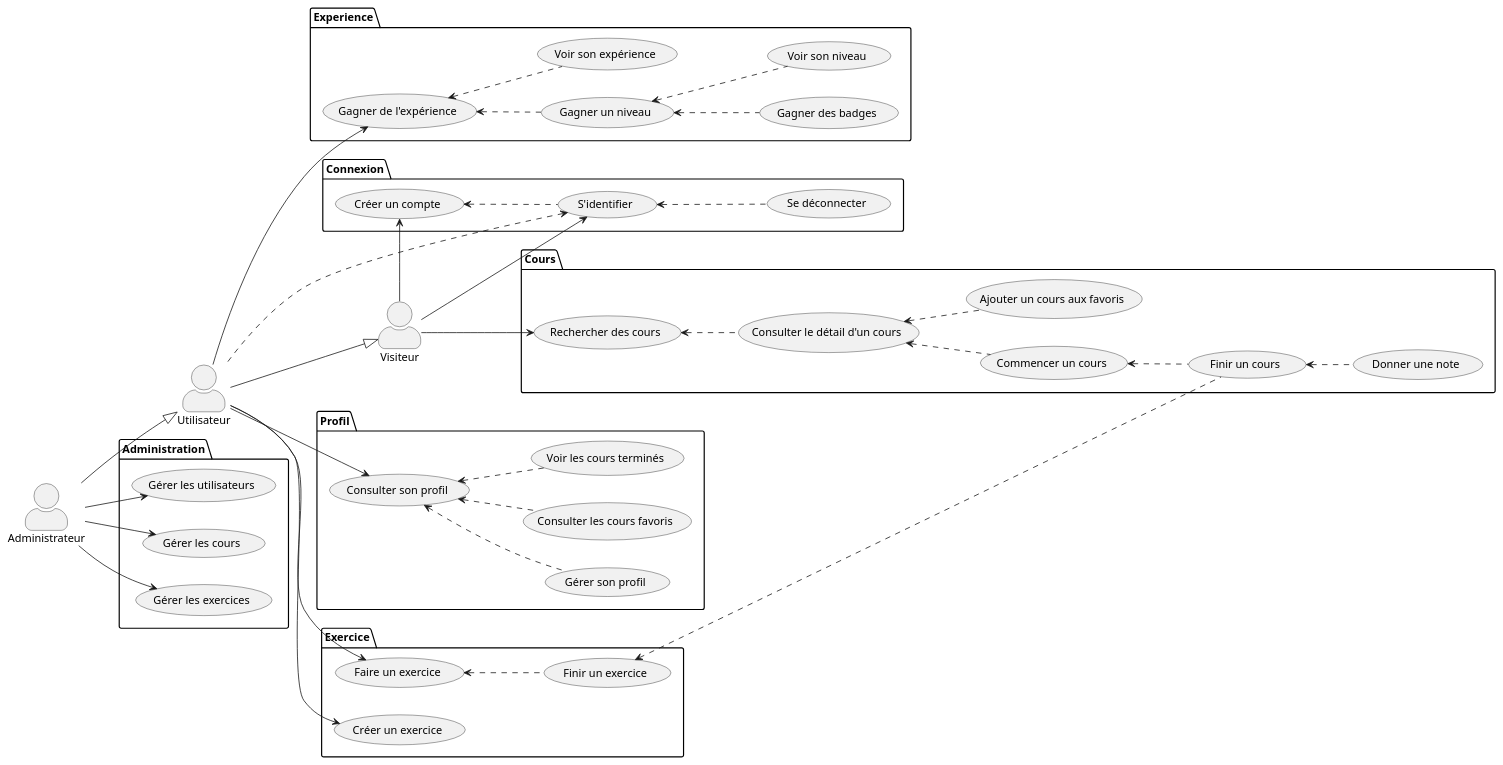
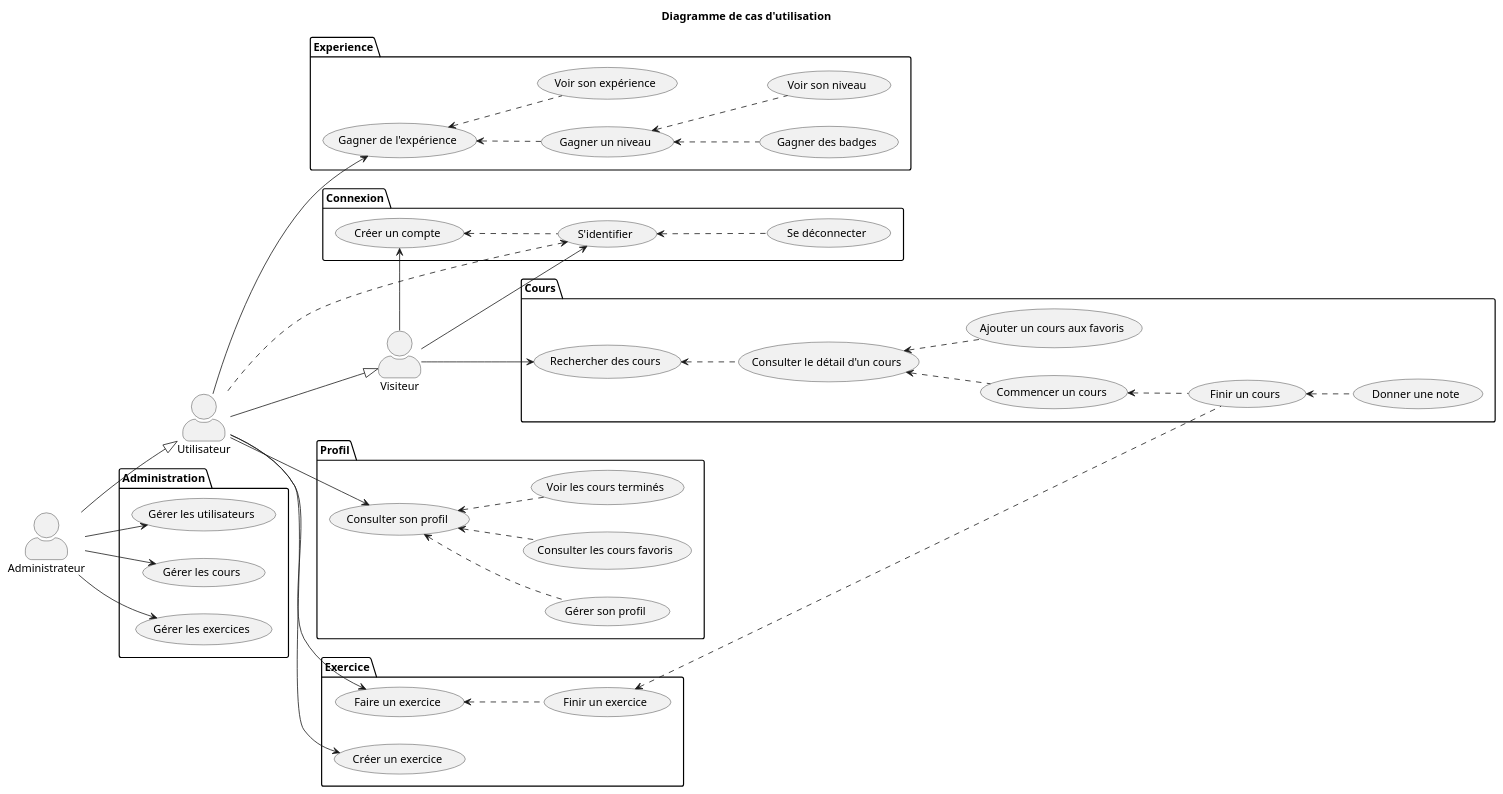
The diagram in doc/usecase.puml (Inerska/TUT_AUTO_APPRENTISSAGE), drawn with PlantUML before and after one commit. The commit also changed 1 other file, not shown here.

Commit message:
feat(uml-usecase): Ajout du titre

```diff
--- a/doc/usecase.puml
+++ b/doc/usecase.puml
@@ -1,99 +1,100 @@
 @startuml
 
+title Diagramme de cas d'utilisation
 left to right direction
 skinparam actorStyle awesome
 
 :Visiteur: as Guest
 :Utilisateur: as User
 :Administrateur: as Admin
 
 package Connexion {
     (S'identifier) as Signin
     (Créer un compte) as Signup
     (Se déconnecter) as Signout
 }
 
 package Profil {
     (Consulter son profil) as SeeProfile
     (Gérer son profil) as ManageProfile
     (Consulter les cours favoris) as SeeFavoriteCourses
     (Voir les cours terminés) as SeeFinishedCourses
 }
 
 package Cours {
     (Rechercher des cours) as SearchCourses
     (Consulter le détail d'un cours) as SeeCourseContent
     (Commencer un cours) as StartCourse
     (Ajouter un cours aux favoris) as AddCourseToFavorites
     (Finir un cours) as FinishCourse
     (Donner une note) as GiveRating
 }
 
 package Exercice {
     (Faire un exercice) as DoExercise
     (Créer un exercice) as CreateExercise
     (Finir un exercice) as FinishExercice
 }
 
 package Administration {
     (Gérer les utilisateurs) as ManageUsers
     (Gérer les cours) as ManageCourses
     (Gérer les exercices) as ManageExercises
 }
 
 package Experience {
     (Gagner de l'expérience) as GainExperience
     (Gagner un niveau) as GainLevel
     (Gagner des badges) as GainBadges
     (Voir son expérience) as SeeExperience
     (Voir son niveau) as SeeLevel
 }
 
 
 Signin <.. User
 Signup <.. Signin
 Signin <.. Signout
 
 SeeProfile <.. ManageProfile
 SeeProfile <.. SeeFavoriteCourses
 SeeProfile <.. SeeFinishedCourses
 
 SearchCourses <.. SeeCourseContent
 SeeCourseContent <.. AddCourseToFavorites
 SeeCourseContent <.. StartCourse
 StartCourse <.. FinishCourse
 FinishCourse <.. GiveRating
 
 DoExercise <.. FinishExercice
 FinishExercice <.. FinishCourse
 
 GainExperience <.. GainLevel
 GainLevel <.. GainBadges
 GainExperience <.. SeeExperience
 GainLevel <.. SeeLevel
 
 
 
 Guest --> Signin
 Guest --> Signup
 Guest --> SearchCourses
 
 
 User --|> Guest
 
 
 User --> SeeProfile
 User --> GainExperience
 
 User --> CreateExercise
 User --> DoExercise
 
 
 Admin --|> User
 
 Admin --> ManageCourses
 Admin --> ManageExercises
 Admin --> ManageUsers
 
 
 @enduml
```
